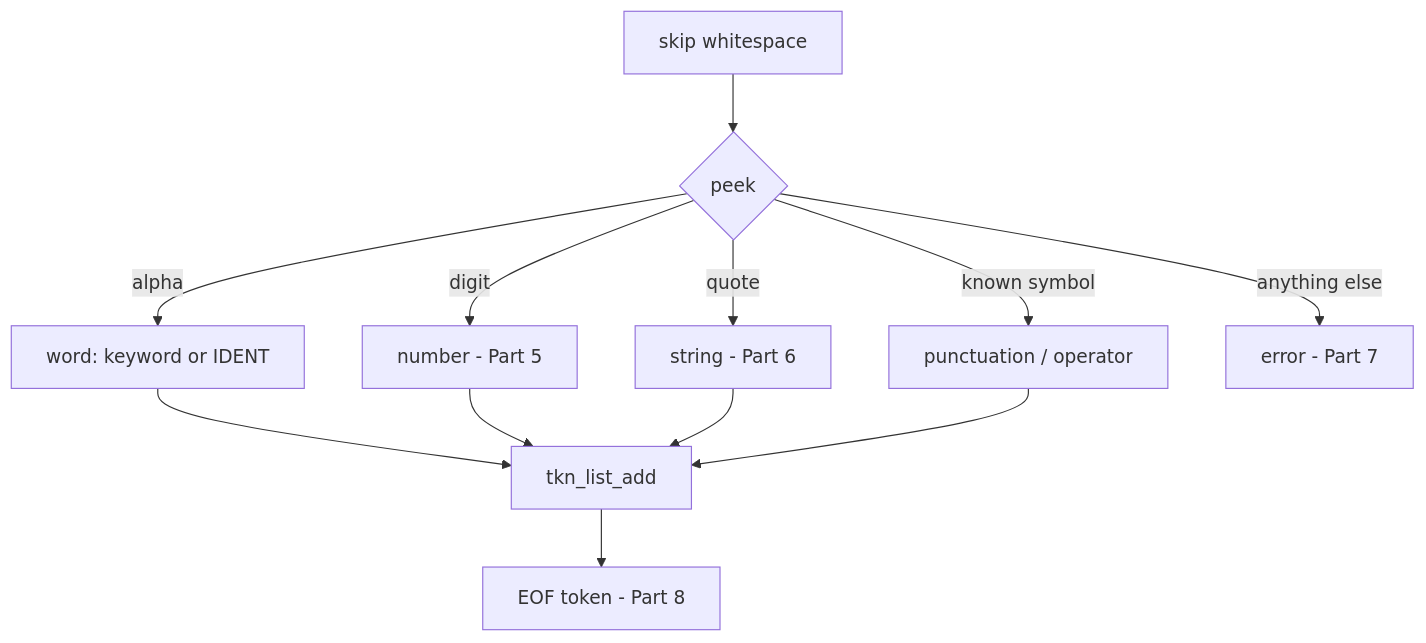
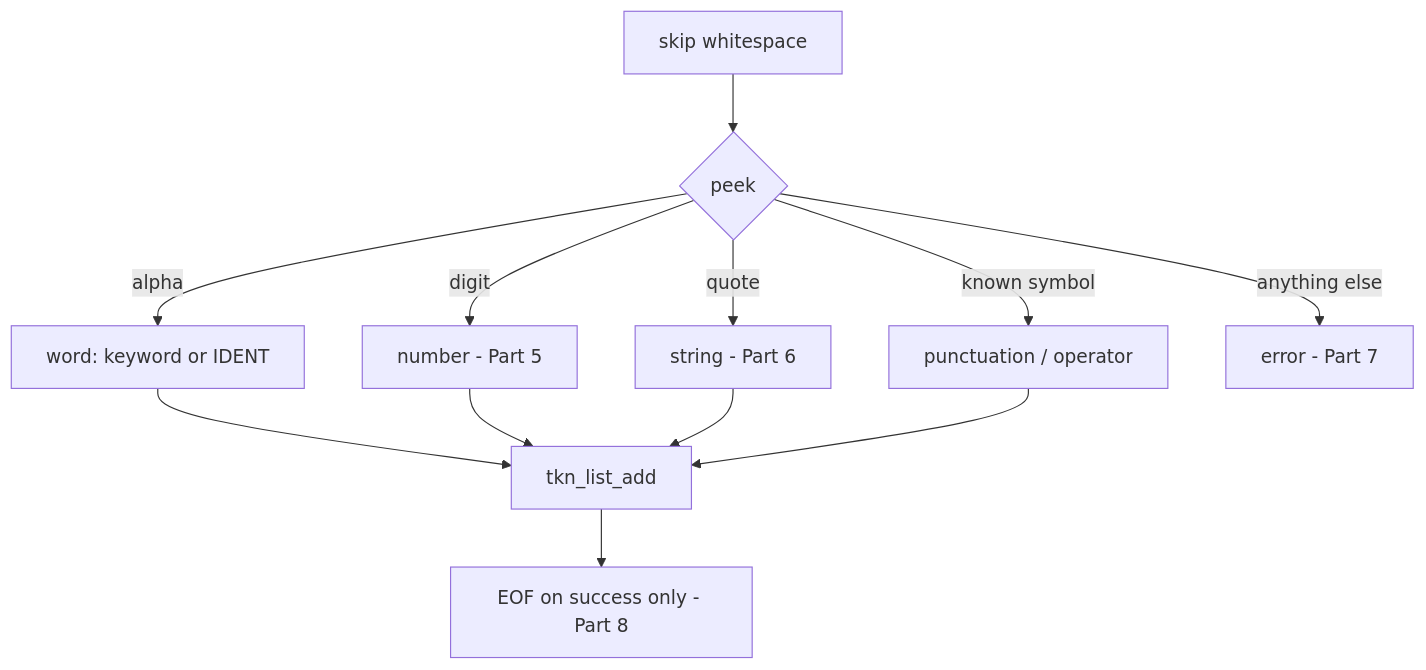
The diagram in current.md (JustinCodesByHand/database), drawn with Mermaid before and after one commit. The commit also changed other lines of this file and 4 other files, not shown here.

````diff
--- a/current.md
+++ b/current.md
@@ -162,14 +166,14 @@
 ```mermaid
 graph TD
   S[skip whitespace] --> P{peek}
   P -->|alpha| W[word: keyword or IDENT]
   P -->|digit| N[number - Part 5]
   P -->|quote| Q[string - Part 6]
   P -->|known symbol| O[punctuation / operator]
   P -->|anything else| E[error - Part 7]
   W --> L[tkn_list_add]
   N --> L
   Q --> L
   O --> L
-  L --> Z[EOF token - Part 8]
+  L --> Z[EOF on success only - Part 8]
 ```
````
